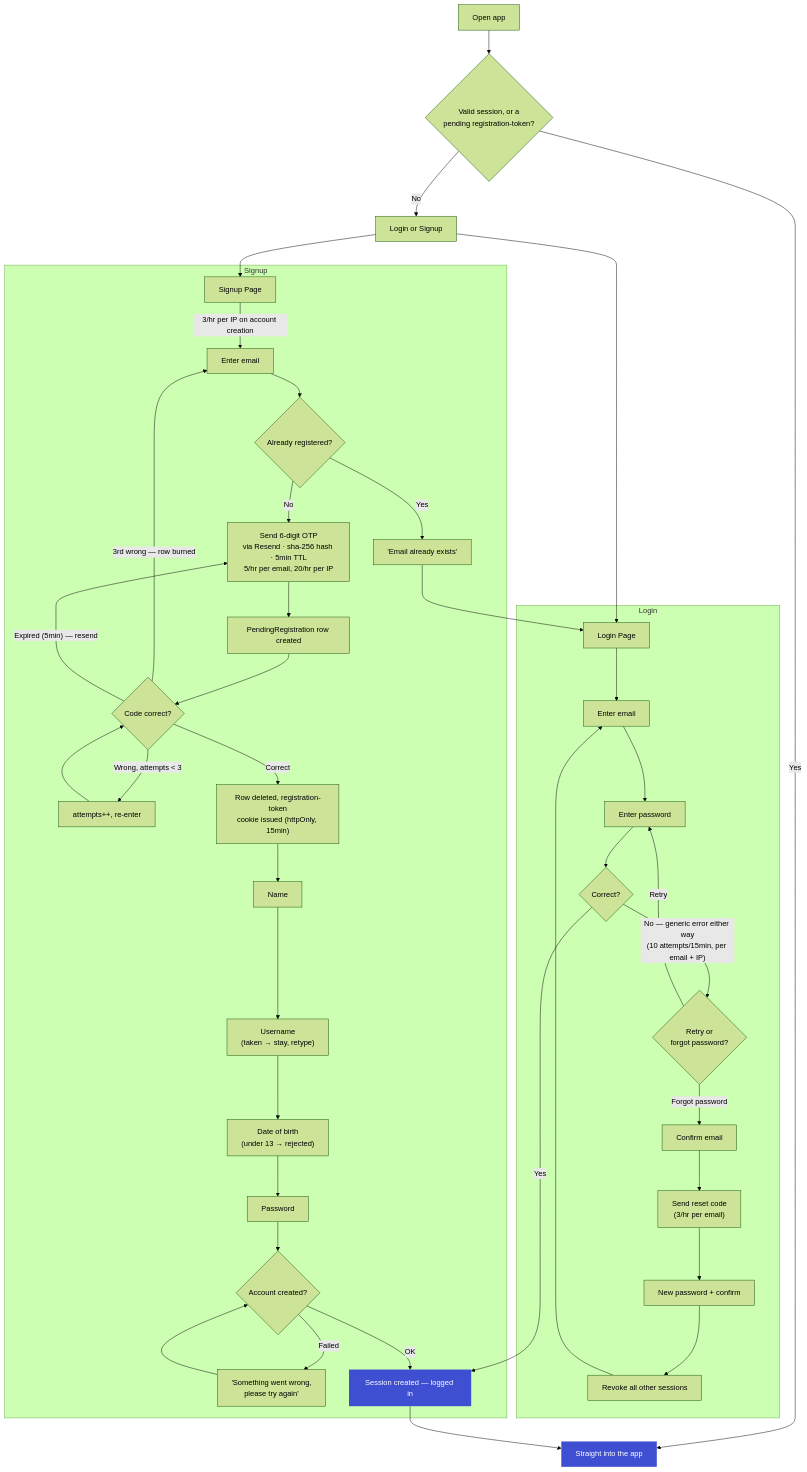
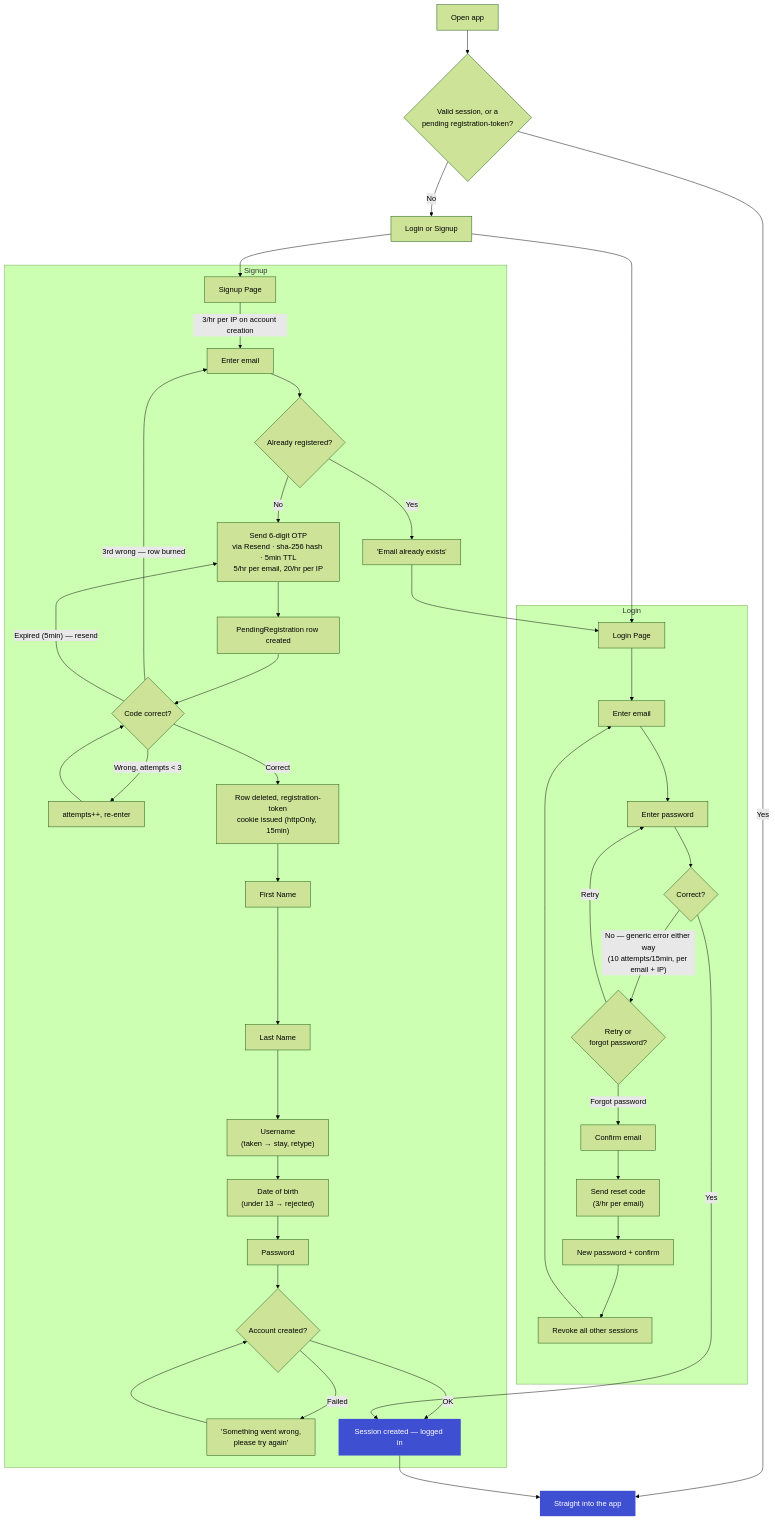
Before and after one commit to Naman830/deeperk: the diagram in Docs/user/auth.md, drawn with Mermaid (forest theme). The commit also changed other lines of this file and 1 other file, not shown here.

````diff
--- a/Docs/user/auth.md
+++ b/Docs/user/auth.md
@@ -23,48 +23,48 @@
 ```mermaid
 flowchart TD
     Start["Open app"] --> Guard{"Valid session, or a<br/>pending registration-token?"}
     Guard -->|Yes| App["Straight into the app"]
     Guard -->|No| Choice["Login or Signup"]
     Choice --> LoginPage["Login Page"]
     Choice --> SignupPage["Signup Page"]
 
     subgraph Login
         LoginPage --> LEmail["Enter email"] --> LPass["Enter password"]
         LPass --> LCheck{"Correct?"}
         LCheck -->|"No — generic error either way<br/>(10 attempts/15min, per email + IP)"| LChoice{"Retry or<br/>forgot password?"}
         LChoice -->|Retry| LPass
         LChoice -->|"Forgot password"| FEmail["Confirm email"]
         FEmail --> FOtp["Send reset code<br/>(3/hr per email)"]
         FOtp --> FNew["New password + confirm"]
         FNew --> FRevoke["Revoke all other sessions"]
         FRevoke --> LEmail
     end
 
     subgraph Signup
         SignupPage -->|"3/hr per IP on account creation"| SEmail["Enter email"]
         SEmail --> SExists{"Already registered?"}
         SExists -->|Yes| SErr["'Email already exists'"]
         SErr --> LoginPage
         SExists -->|No| SOtp["Send 6-digit OTP<br/>via Resend · sha-256 hash · 5min TTL<br/>5/hr per email, 20/hr per IP"]
         SOtp --> SPend["PendingRegistration row created"]
         SPend --> SVerify{"Code correct?"}
         SVerify -->|"Wrong, attempts < 3"| SRetry["attempts++, re-enter"]
         SRetry --> SVerify
         SVerify -->|"3rd wrong — row burned"| SEmail
         SVerify -->|"Expired (5min) — resend"| SOtp
         SVerify -->|Correct| SDel["Row deleted, registration-token<br/>cookie issued (httpOnly, 15min)"]
-        SDel --> SName["Name"] --> SUser["Username<br/>(taken → stay, retype)"]
+        SDel --> SFName["First Name"] --> SLName["Last Name"] --> SUser["Username<br/>(taken → stay, retype)"]
         SUser --> SDob["Date of birth<br/>(under 13 → rejected)"]
         SDob --> SPass["Password"]
         SPass --> SCreate{"Account created?"}
         SCreate -->|Failed| SCreateErr["'Something went wrong,<br/>please try again'"]
         SCreateErr --> SCreate
         SCreate -->|OK| SessionOK
     end
 
     LCheck -->|Yes| SessionOK["Session created — logged in"]
     SessionOK --> App
 
     style App fill:#3F4FD1,color:#fff,stroke:none
     style SessionOK fill:#3F4FD1,color:#fff,stroke:none
 ```
````
